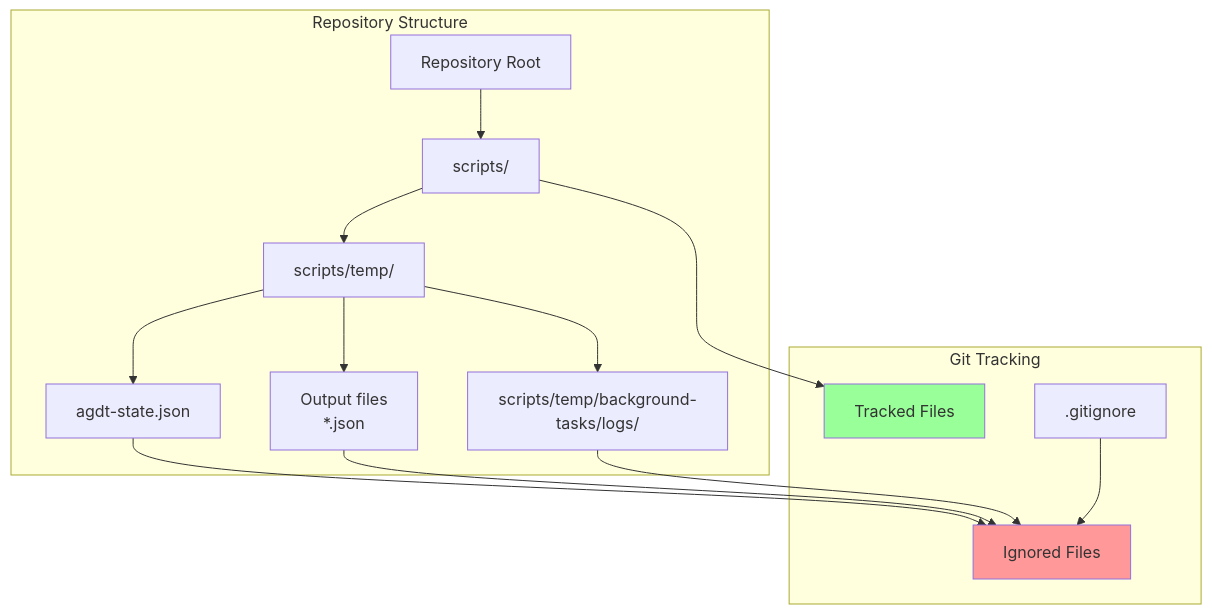
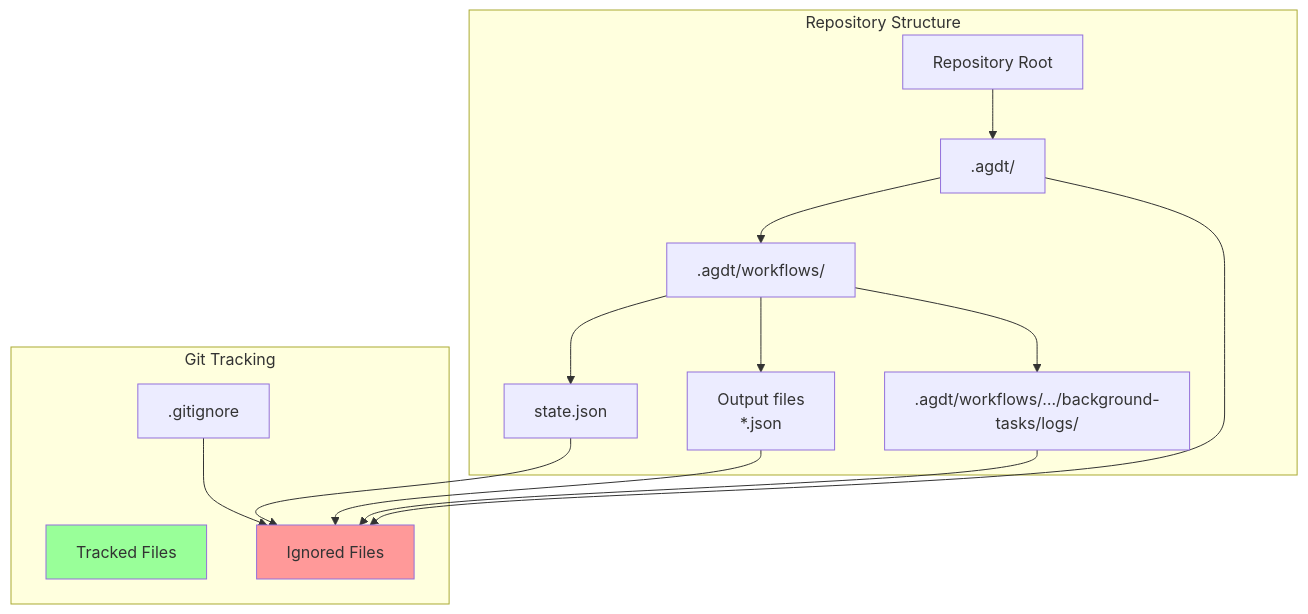
One commit to ayaiayorg/agentic-devtools changed the sixth of 10 diagrams in docs/07-deployment-view.md. Above: the diagram before and after it, drawn with Mermaid. The commit also changed other lines of this file and 31 other files, not shown here.

Commit message:
chore(#846): eliminate scripts/temp references from codebase and documentation

````diff
--- a/docs/07-deployment-view.md
+++ b/docs/07-deployment-view.md
@@ -189,33 +189,33 @@
 ```mermaid
 graph TB
     subgraph "Repository Structure"
         Root[Repository Root]
-        Scripts[scripts/]
-        Temp[scripts/temp/]
-        State[agdt-state.json]
+        Agdt[.agdt/]
+        Workflows[.agdt/workflows/]
+        State[state.json]
         Output[Output files<br/>*.json]
-        Logs[scripts/temp/background-tasks/logs/]
+        Logs[.agdt/workflows/…/background-tasks/logs/]
     end
     
     subgraph "Git Tracking"
         Tracked[Tracked Files]
         Gitignore[.gitignore]
         Ignored[Ignored Files]
     end
     
-    Root --> Scripts
-    Scripts --> Temp
-    Temp --> State
-    Temp --> Output
-    Temp --> Logs
+    Root --> Agdt
+    Agdt --> Workflows
+    Workflows --> State
+    Workflows --> Output
+    Workflows --> Logs
     
     State --> Ignored
     Output --> Ignored
     Logs --> Ignored
     Gitignore --> Ignored
     
-    Scripts --> Tracked
+    Agdt --> Ignored
     
     style Ignored fill:#f99
     style Tracked fill:#9f9
 ```
````
